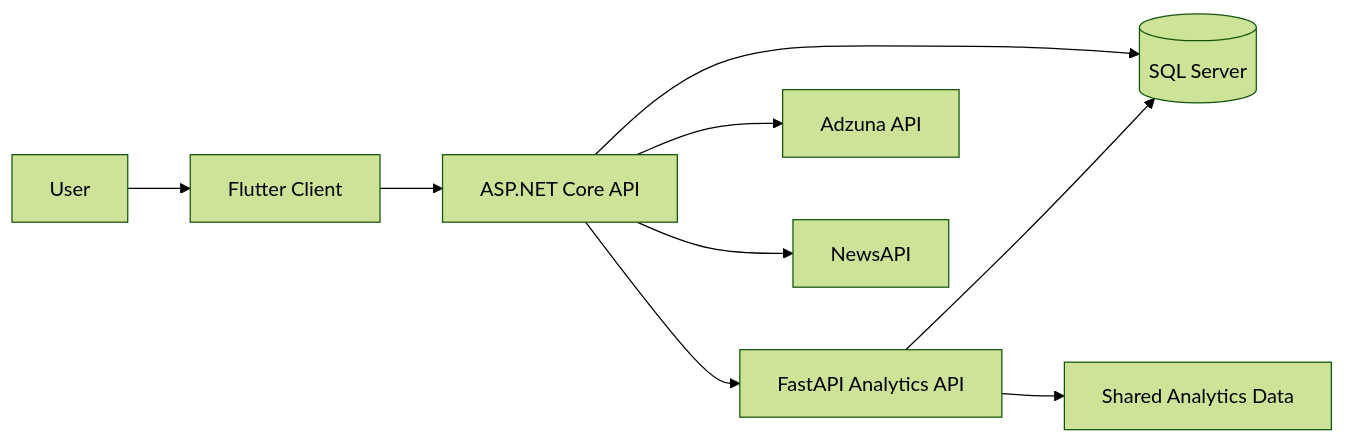
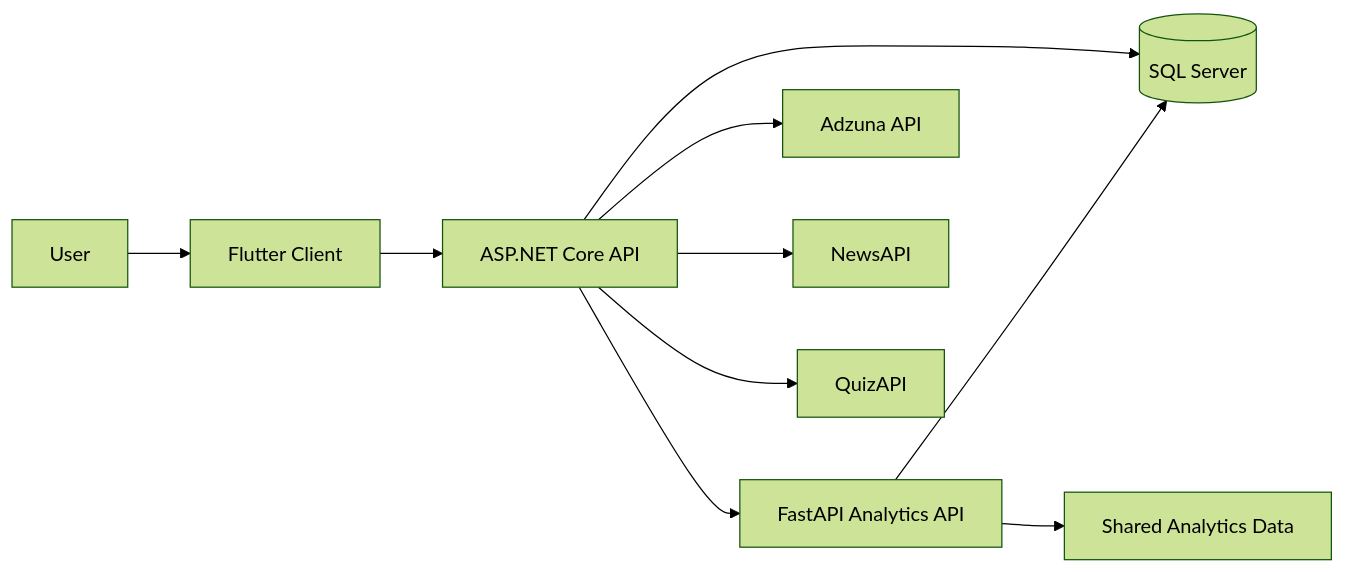
The first of 5 diagrams in README.md (InsightHubapp/InsightHub), drawn with Mermaid (forest theme) before and after one commit. The commit also changed other lines of this file and 1 other file, not shown here.

````diff
--- a/README.md
+++ b/README.md
@@ -300,11 +318,12 @@
 ```mermaid
 flowchart LR
     U[User] --> F[Flutter Client]
     F --> B[ASP.NET Core API]
     B --> DB[(SQL Server)]
     B --> A[FastAPI Analytics API]
-    B --> E1[Adzuna API]
-    B --> E2[NewsAPI]
+    B --> J[Adzuna API]
+    B --> N[NewsAPI]
+    B --> Q[QuizAPI]
     A --> S[Shared Analytics Data]
     A --> DB
 ```
````
